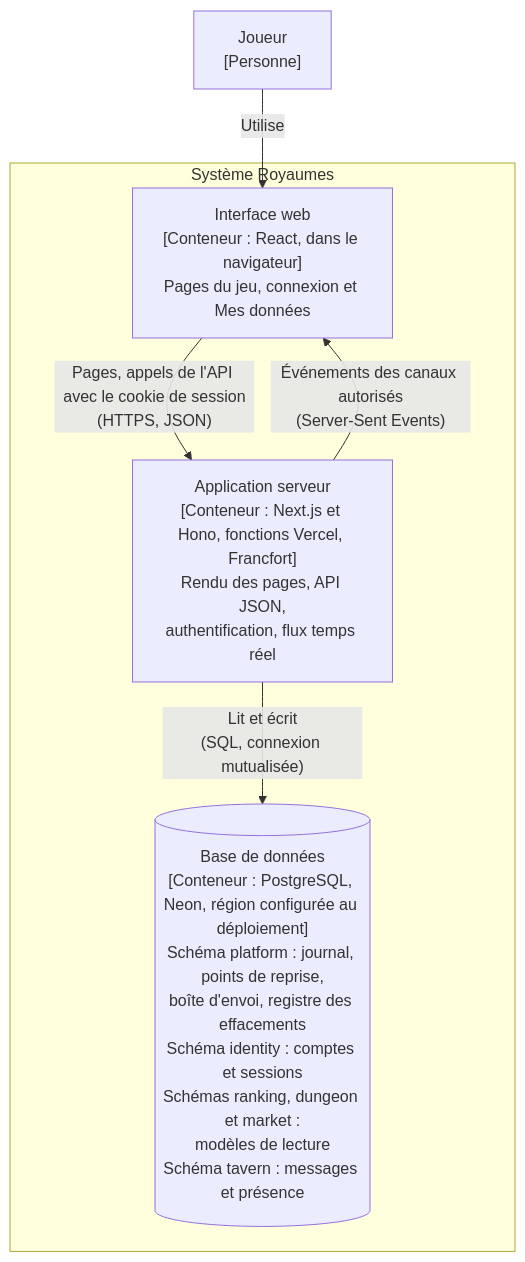
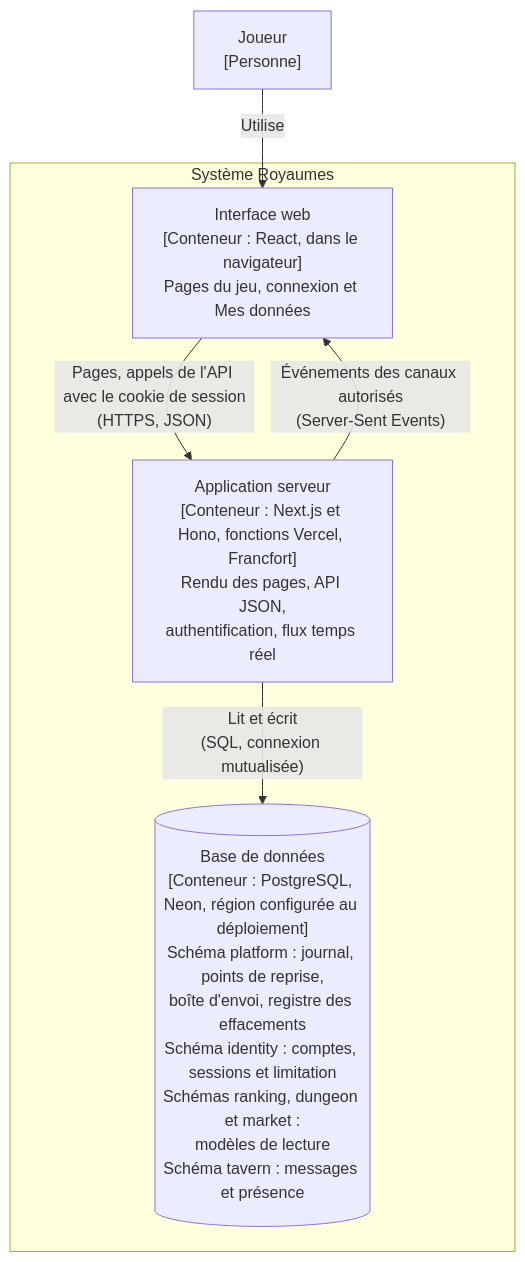
Before and after one commit to leon-morival/kingdom: the second of 6 diagrams in docs/architecture.md, drawn with Mermaid. The commit also changed other lines of this file and 12 other files, not shown here.

Commit message:
docs(quality): publish measured results and reconcile architecture and open risks

````diff
--- a/docs/architecture.md
+++ b/docs/architecture.md
@@ -25,13 +25,13 @@
 ```mermaid
 flowchart TB
   joueur["Joueur<br/>[Personne]"]
   subgraph royaumes["Système Royaumes"]
     web["Interface web<br/>[Conteneur : React, dans le navigateur]<br/>Pages du jeu, connexion et Mes données"]
     serveur["Application serveur<br/>[Conteneur : Next.js et Hono, fonctions Vercel, Francfort]<br/>Rendu des pages, API JSON,<br/>authentification, flux temps réel"]
-    base[("Base de données<br/>[Conteneur : PostgreSQL, Neon, région configurée au déploiement]<br/>Schéma platform : journal, points de reprise,<br/>boîte d'envoi, registre des effacements<br/>Schéma identity : comptes et sessions<br/>Schémas ranking, dungeon et market :<br/>modèles de lecture<br/>Schéma tavern : messages et présence")]
+    base[("Base de données<br/>[Conteneur : PostgreSQL, Neon, région configurée au déploiement]<br/>Schéma platform : journal, points de reprise,<br/>boîte d'envoi, registre des effacements<br/>Schéma identity : comptes, sessions et limitation<br/>Schémas ranking, dungeon et market :<br/>modèles de lecture<br/>Schéma tavern : messages et présence")]
   end
   joueur -->|"Utilise"| web
   web -->|"Pages, appels de l'API avec le cookie de session<br/>(HTTPS, JSON)"| serveur
   serveur -->|"Événements des canaux autorisés<br/>(Server-Sent Events)"| web
   serveur -->|"Lit et écrit<br/>(SQL, connexion mutualisée)"| base
 ```
````
